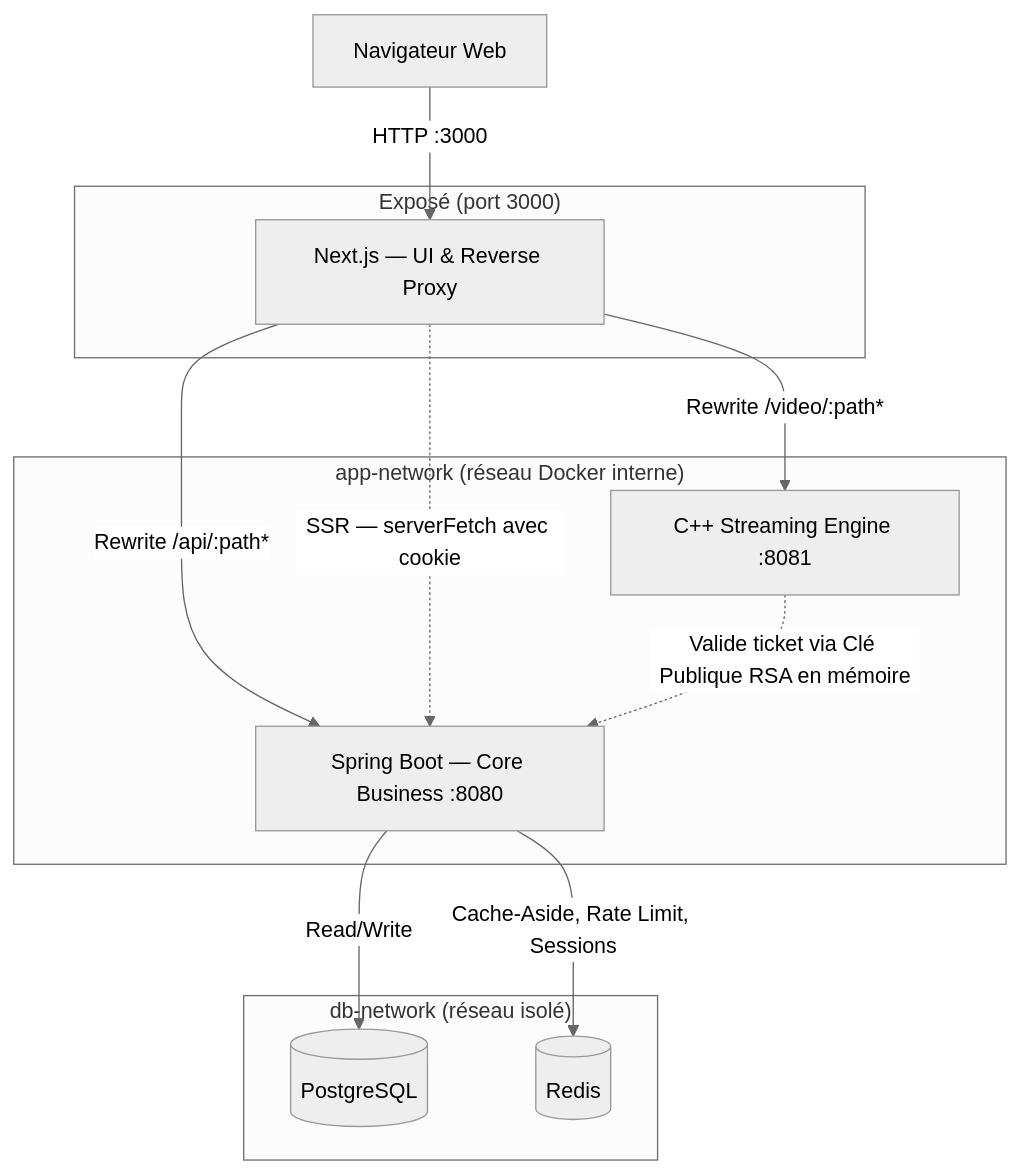
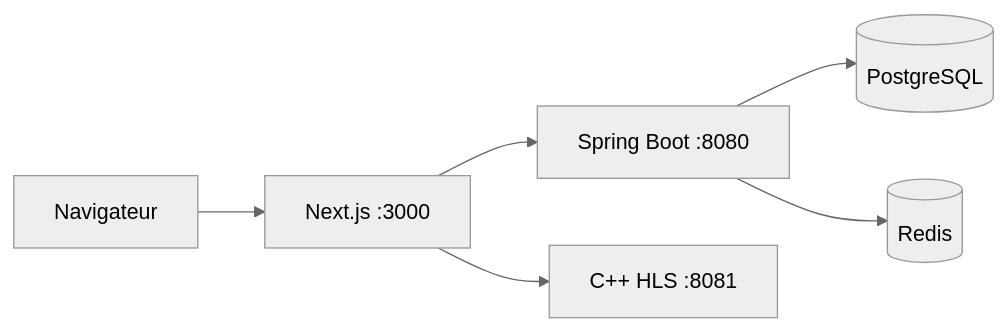
The diagram in README.md (Usokka/netflix-clone), drawn with Mermaid (neutral theme) before and after one commit. The commit also changed other lines of this file and 102 other files, not shown here.

````diff
--- a/README.md
+++ b/README.md
@@ -29,29 +19,8 @@
 ```mermaid
-graph TD
-    Client[Navigateur Web]
-
-    subgraph "Exposé (port 3000)"
-        Frontend[Next.js — UI & Reverse Proxy]
-    end
-
-    subgraph "app-network (réseau Docker interne)"
-        API[Spring Boot — Core Business :8080]
-        Streaming[C++ Streaming Engine :8081]
-    end
-
-    subgraph "db-network (réseau isolé)"
-        DB[(PostgreSQL)]
-        Cache[(Redis)]
-    end
-
-    Client -->|HTTP :3000| Frontend
-
-    Frontend -->|Rewrite /api/:path*| API
-    Frontend -->|Rewrite /video/:path*| Streaming
-    Frontend -.->|SSR — serverFetch avec cookie| API
-
-    API -->|Read/Write| DB
-    API -->|Cache-Aside, Rate Limit, Sessions| Cache
-
-    Streaming -.->|Valide ticket via Clé Publique RSA en mémoire| API
+flowchart LR
+    Browser[Navigateur] --> Next[Next.js :3000]
+    Next --> API[Spring Boot :8080]
+    Next --> Stream[C++ HLS :8081]
+    API --> Postgres[(PostgreSQL)]
+    API --> Redis[(Redis)]
 ```
````
